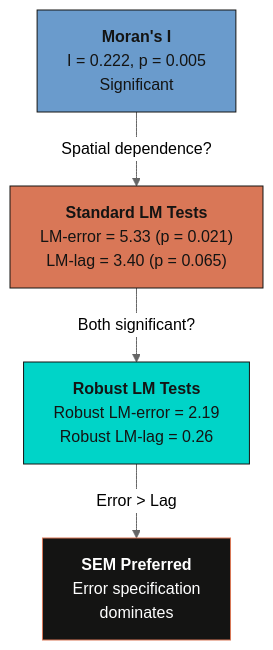
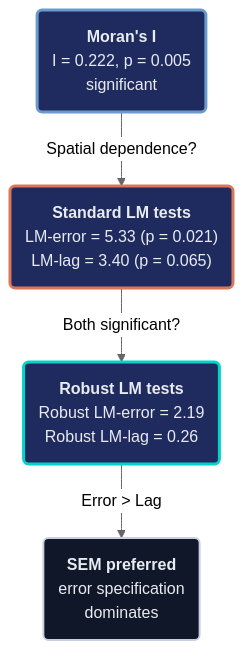
One commit to cmg777/starter-academic-v501 changed the second of 3 diagrams in content/post/stata_sp_regression_cross_section/index.md. Above: the diagram before and after it, drawn with Mermaid (neutral theme). The commit also changed other lines of this file and 10 other files, not shown here.

First line of the commit message:
content(mermaid): restyle flowcharts in Stata posts (batch 2 of 2) and the EM publication (EN/ES/JA); add log

````diff
--- a/content/post/stata_sp_regression_cross_section/index.md
+++ b/content/post/stata_sp_regression_cross_section/index.md
@@ -473,16 +472,19 @@
 ```mermaid
 graph TD
-    MI["<b>Moran's I</b><br/>I = 0.222, p = 0.005<br/>Significant"]
-    LM["<b>Standard LM Tests</b><br/>LM-error = 5.33 (p = 0.021)<br/>LM-lag = 3.40 (p = 0.065)"]
-    RLM["<b>Robust LM Tests</b><br/>Robust LM-error = 2.19<br/>Robust LM-lag = 0.26"]
-    SEM_d["<b>SEM Preferred</b><br/>Error specification<br/>dominates"]
+    MI("<b>Moran's I</b><br/>I = 0.222, p = 0.005<br/>significant")
+    LM("<b>Standard LM tests</b><br/>LM-error = 5.33 (p = 0.021)<br/>LM-lag = 3.40 (p = 0.065)")
+    RLM("<b>Robust LM tests</b><br/>Robust LM-error = 2.19<br/>Robust LM-lag = 0.26")
+    SEM_d("<b>SEM preferred</b><br/>error specification<br/>dominates")
 
     MI -->|"Spatial dependence?"| LM
     LM -->|"Both significant?"| RLM
     RLM -->|"Error > Lag"| SEM_d
-
-    style MI fill:#6a9bcc,stroke:#141413,color:#141413
-    style LM fill:#d97757,stroke:#141413,color:#141413
-    style RLM fill:#00d4c8,stroke:#141413,color:#141413
-    style SEM_d fill:#141413,stroke:#d97757,color:#fff
+    classDef blue fill:#1f2b5e,stroke:#6a9bcc,stroke-width:3px,color:#e8ecf2
+    classDef orange fill:#1f2b5e,stroke:#d97757,stroke-width:3px,color:#e8ecf2
+    classDef teal fill:#1f2b5e,stroke:#00d4c8,stroke-width:3px,color:#e8ecf2
+    classDef anchor fill:#0f1729,stroke:#c8d0e0,stroke-width:2px,color:#e8ecf2
+    class MI blue
+    class LM orange
+    class RLM teal
+    class SEM_d anchor
 ```
````
